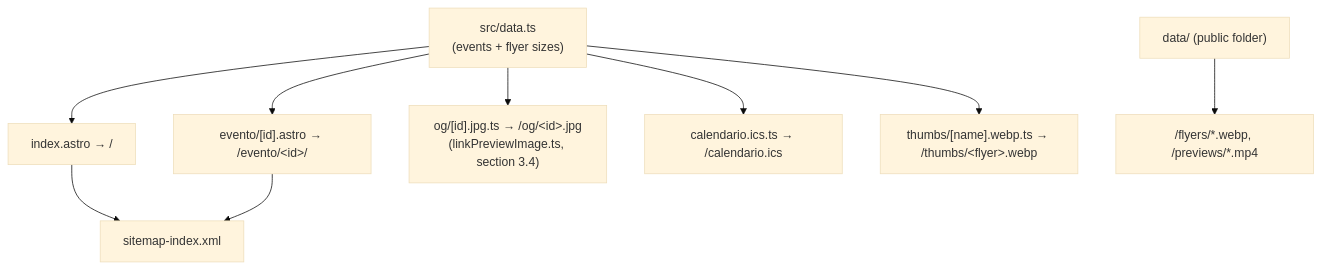
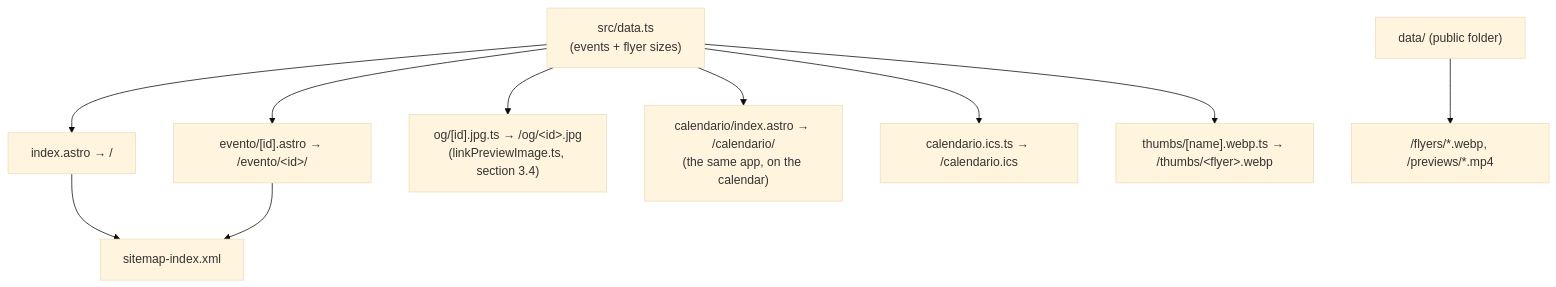
One commit to pa-bailar/pa-bailar.github.io changed the fourth of 9 diagrams in docs/ARCHITECTURE.md. Above: the diagram before and after it, drawn with Mermaid (base theme). The commit also changed other lines of this file and 12 other files, not shown here.

````diff
--- a/docs/ARCHITECTURE.md
+++ b/docs/ARCHITECTURE.md
@@ -182,11 +183,12 @@
 ```mermaid
 flowchart TD
     D["src/data.ts<br/>(events + flyer sizes)"] --> IDX["index.astro → /"]
     D --> EVT["evento/[id].astro → /evento/&lt;id&gt;/"]
     D --> OG["og/[id].jpg.ts → /og/&lt;id&gt;.jpg<br/>(linkPreviewImage.ts, section 3.4)"]
+    D --> CAL["calendario/index.astro → /calendario/<br/>(the same app, on the calendar)"]
     D --> ICS["calendario.ics.ts → /calendario.ics"]
     D --> TH["thumbs/[name].webp.ts → /thumbs/&lt;flyer&gt;.webp"]
     IDX --> SM["sitemap-index.xml"]
     EVT --> SM
     PUB["data/ (public folder)"] --> FLY["/flyers/*.webp, /previews/*.mp4"]
 ```
````
